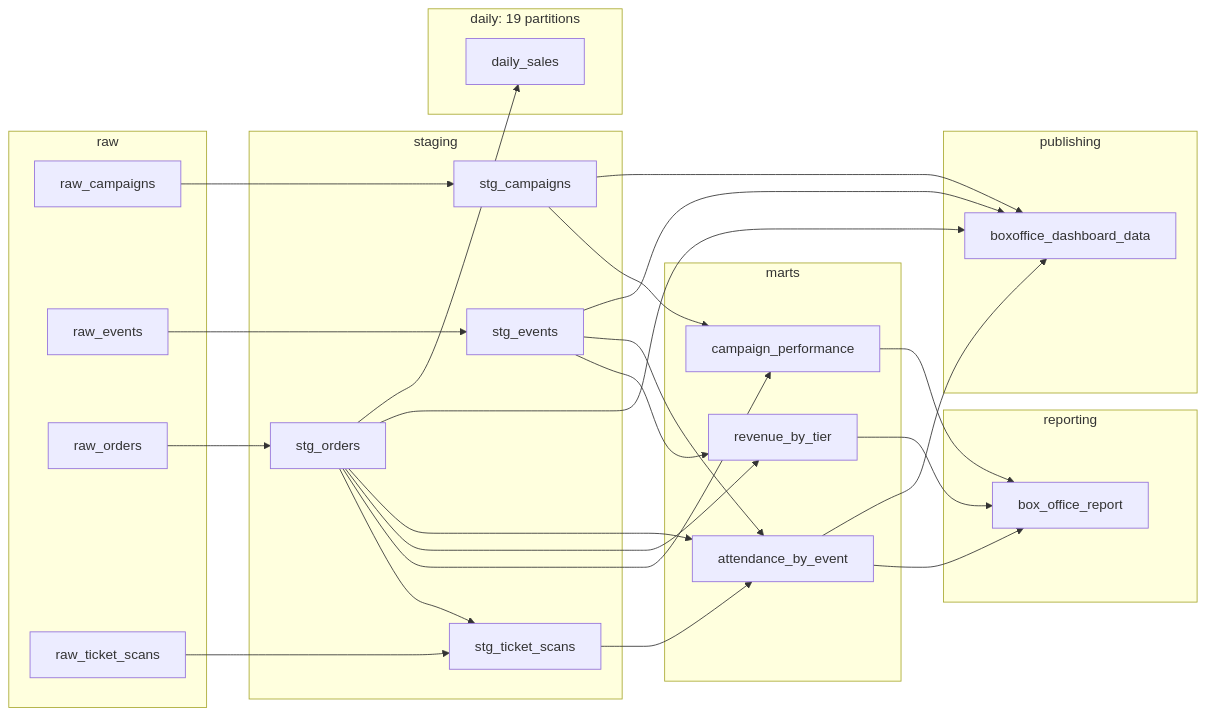
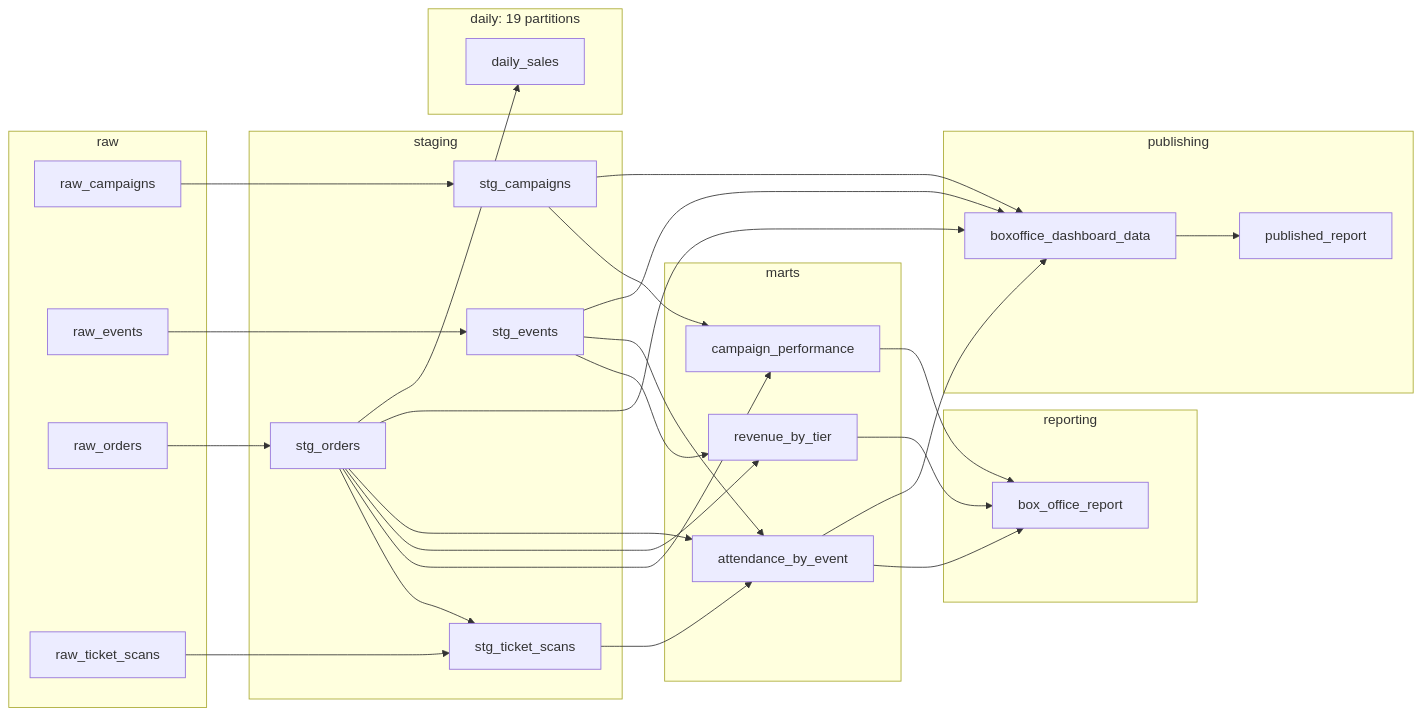
Before and after one commit to lmansf/quickstart-guide-dagster: the diagram in docs/guide/README.md, drawn with Mermaid. The commit also changed other lines of this file and 9 other files, not shown here.

````diff
--- a/docs/guide/README.md
+++ b/docs/guide/README.md
@@ -34,49 +34,51 @@
 ```mermaid
 flowchart LR
   subgraph RAW["raw"]
     raw_campaigns
     raw_events
     raw_orders
     raw_ticket_scans
   end
   subgraph STAGING["staging"]
     stg_campaigns
     stg_events
     stg_orders
     stg_ticket_scans
   end
   subgraph MARTS["marts"]
     campaign_performance
     revenue_by_tier
     attendance_by_event
   end
   subgraph REPORTING["reporting"]
     box_office_report
   end
   subgraph PUBLISHING["publishing"]
     boxoffice_dashboard_data
+    published_report
   end
   subgraph DAILY["daily: 19 partitions"]
     daily_sales
   end
   raw_campaigns --> stg_campaigns
   raw_events --> stg_events
   raw_orders --> stg_orders
   raw_ticket_scans --> stg_ticket_scans
   stg_orders --> stg_ticket_scans
   stg_campaigns --> campaign_performance
   stg_orders --> campaign_performance
   stg_orders --> revenue_by_tier
   stg_events --> revenue_by_tier
   stg_ticket_scans --> attendance_by_event
   stg_orders --> attendance_by_event
   stg_events --> attendance_by_event
   campaign_performance --> box_office_report
   revenue_by_tier --> box_office_report
   attendance_by_event --> box_office_report
   stg_orders --> boxoffice_dashboard_data
   stg_events --> boxoffice_dashboard_data
   stg_campaigns --> boxoffice_dashboard_data
   attendance_by_event --> boxoffice_dashboard_data
+  boxoffice_dashboard_data --> published_report
   stg_orders --> daily_sales
 ```
````
